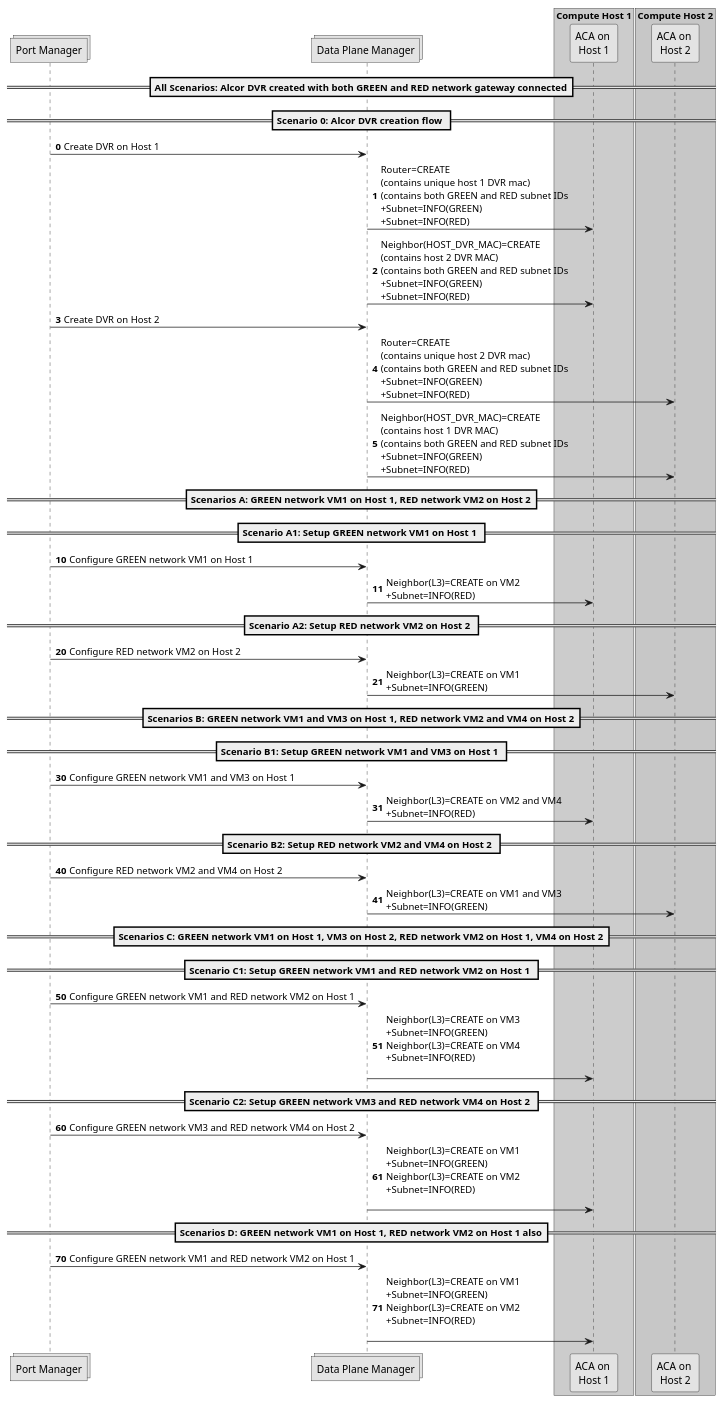
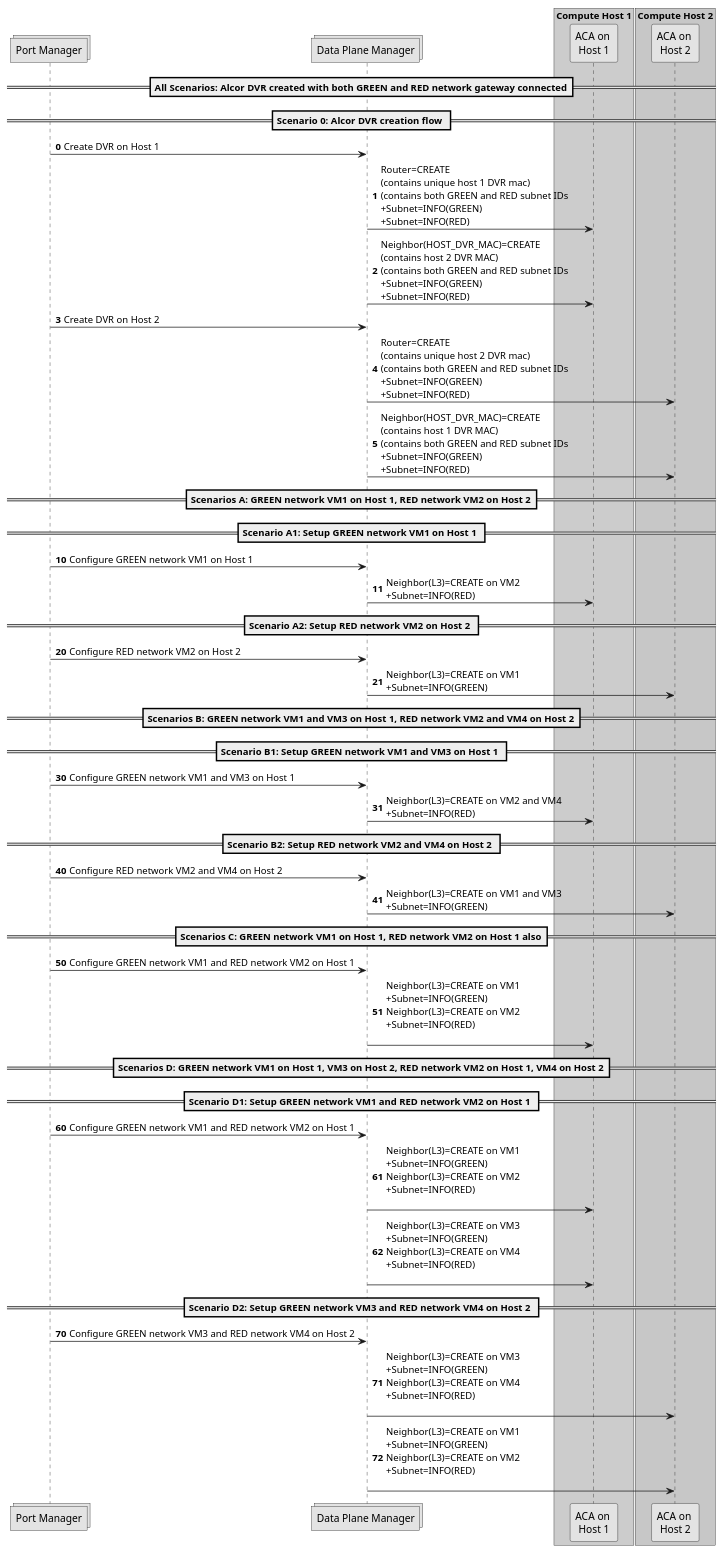
Before and after one commit to futurewei-cloud/alcor: the diagram in docs/modules/ROOT/workflows/router_workflow.puml, drawn with PlantUML. The commit also changed 5 other files, not shown here.

Commit message:
update schema and add router_workflow.png

```diff
--- a/docs/modules/ROOT/workflows/router_workflow.puml
+++ b/docs/modules/ROOT/workflows/router_workflow.puml
@@ -15,74 +15,78 @@
 @startuml
 
 skinparam monochrome true
 
 collections "Port Manager"
 collections "Data Plane Manager"
 
 box "Compute Host 1" #LightBlue
 participant "ACA on \nHost 1"
 end box
 
 box "Compute Host 2" #LightGreen
 participant "ACA on \nHost 2"
 end box
 
 ==All Scenarios: Alcor DVR created with both GREEN and RED network gateway connected==
 
 ==Scenario 0: Alcor DVR creation flow ==
 autonumber 0
 "Port Manager" -> "Data Plane Manager": Create DVR on Host 1
 "Data Plane Manager" -> "ACA on \nHost 1": Router=CREATE\n(contains unique host 1 DVR mac)\n(contains both GREEN and RED subnet IDs\n+Subnet=INFO(GREEN)\n+Subnet=INFO(RED)
 "Data Plane Manager" -> "ACA on \nHost 1": Neighbor(HOST_DVR_MAC)=CREATE\n(contains host 2 DVR MAC)\n(contains both GREEN and RED subnet IDs\n+Subnet=INFO(GREEN)\n+Subnet=INFO(RED)
 
 "Port Manager" -> "Data Plane Manager": Create DVR on Host 2
 "Data Plane Manager" -> "ACA on \nHost 2": Router=CREATE\n(contains unique host 2 DVR mac)\n(contains both GREEN and RED subnet IDs\n+Subnet=INFO(GREEN)\n+Subnet=INFO(RED)
 "Data Plane Manager" -> "ACA on \nHost 2": Neighbor(HOST_DVR_MAC)=CREATE\n(contains host 1 DVR MAC)\n(contains both GREEN and RED subnet IDs\n+Subnet=INFO(GREEN)\n+Subnet=INFO(RED)
 
 
 ==Scenarios A: GREEN network VM1 on Host 1, RED network VM2 on Host 2==
 
 ==Scenario A1: Setup GREEN network VM1 on Host 1 ==
 autonumber 10
 "Port Manager" -> "Data Plane Manager": Configure GREEN network VM1 on Host 1
 "Data Plane Manager" -> "ACA on \nHost 1": Neighbor(L3)=CREATE on VM2\n+Subnet=INFO(RED)
 
 ==Scenario A2: Setup RED network VM2 on Host 2 ==
 autonumber 20
 "Port Manager" -> "Data Plane Manager": Configure RED network VM2 on Host 2
 "Data Plane Manager" -> "ACA on \nHost 2": Neighbor(L3)=CREATE on VM1\n+Subnet=INFO(GREEN)
 
 
 ==Scenarios B: GREEN network VM1 and VM3 on Host 1, RED network VM2 and VM4 on Host 2==
 
 ==Scenario B1: Setup GREEN network VM1 and VM3 on Host 1 ==
 autonumber 30
 "Port Manager" -> "Data Plane Manager": Configure GREEN network VM1 and VM3 on Host 1
 "Data Plane Manager" -> "ACA on \nHost 1": Neighbor(L3)=CREATE on VM2 and VM4\n+Subnet=INFO(RED)
 
 ==Scenario B2: Setup RED network VM2 and VM4 on Host 2 ==
 autonumber 40
 "Port Manager" -> "Data Plane Manager": Configure RED network VM2 and VM4 on Host 2
 "Data Plane Manager" -> "ACA on \nHost 2": Neighbor(L3)=CREATE on VM1 and VM3\n+Subnet=INFO(GREEN)
 
 
-==Scenarios C: GREEN network VM1 on Host 1, VM3 on Host 2, RED network VM2 on Host 1, VM4 on Host 2==
+==Scenarios C: GREEN network VM1 on Host 1, RED network VM2 on Host 1 also==
 
-==Scenario C1: Setup GREEN network VM1 and RED network VM2 on Host 1 ==
 autonumber 50
 "Port Manager" -> "Data Plane Manager": Configure GREEN network VM1 and RED network VM2 on Host 1
-"Data Plane Manager" -> "ACA on \nHost 1": Neighbor(L3)=CREATE on VM3\n+Subnet=INFO(GREEN)\nNeighbor(L3)=CREATE on VM4\n+Subnet=INFO(RED)\n
-
-==Scenario C2: Setup GREEN network VM3 and RED network VM4 on Host 2 ==
-autonumber 60
-"Port Manager" -> "Data Plane Manager": Configure GREEN network VM3 and RED network VM4 on Host 2
 "Data Plane Manager" -> "ACA on \nHost 1": Neighbor(L3)=CREATE on VM1\n+Subnet=INFO(GREEN)\nNeighbor(L3)=CREATE on VM2\n+Subnet=INFO(RED)\n
 
 
-==Scenarios D: GREEN network VM1 on Host 1, RED network VM2 on Host 1 also==
+==Scenarios D: GREEN network VM1 on Host 1, VM3 on Host 2, RED network VM2 on Host 1, VM4 on Host 2==
 
-autonumber 70
+==Scenario D1: Setup GREEN network VM1 and RED network VM2 on Host 1 ==
+autonumber 60
 "Port Manager" -> "Data Plane Manager": Configure GREEN network VM1 and RED network VM2 on Host 1
 "Data Plane Manager" -> "ACA on \nHost 1": Neighbor(L3)=CREATE on VM1\n+Subnet=INFO(GREEN)\nNeighbor(L3)=CREATE on VM2\n+Subnet=INFO(RED)\n
+"Data Plane Manager" -> "ACA on \nHost 1": Neighbor(L3)=CREATE on VM3\n+Subnet=INFO(GREEN)\nNeighbor(L3)=CREATE on VM4\n+Subnet=INFO(RED)\n
+
+==Scenario D2: Setup GREEN network VM3 and RED network VM4 on Host 2 ==
+autonumber 70
+"Port Manager" -> "Data Plane Manager": Configure GREEN network VM3 and RED network VM4 on Host 2
+"Data Plane Manager" -> "ACA on \nHost 2": Neighbor(L3)=CREATE on VM3\n+Subnet=INFO(GREEN)\nNeighbor(L3)=CREATE on VM4\n+Subnet=INFO(RED)\n
+"Data Plane Manager" -> "ACA on \nHost 2": Neighbor(L3)=CREATE on VM1\n+Subnet=INFO(GREEN)\nNeighbor(L3)=CREATE on VM2\n+Subnet=INFO(RED)\n
+
+
 
 @enduml
```
